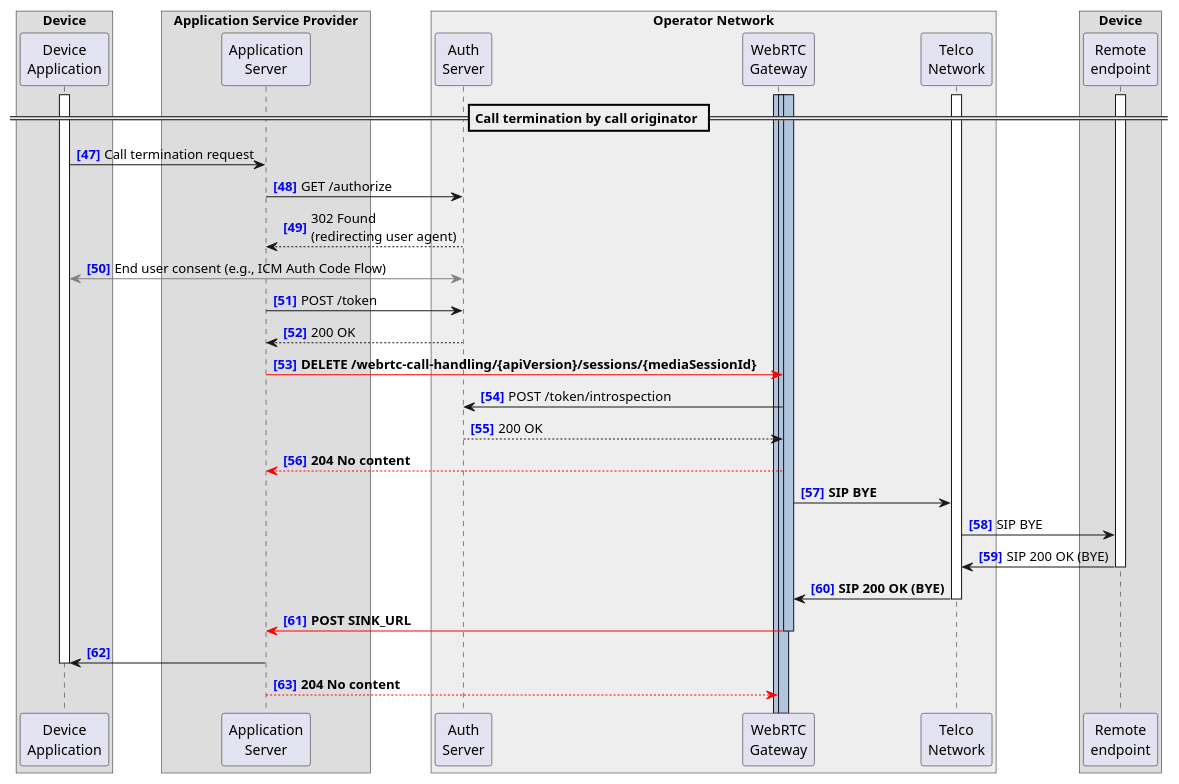
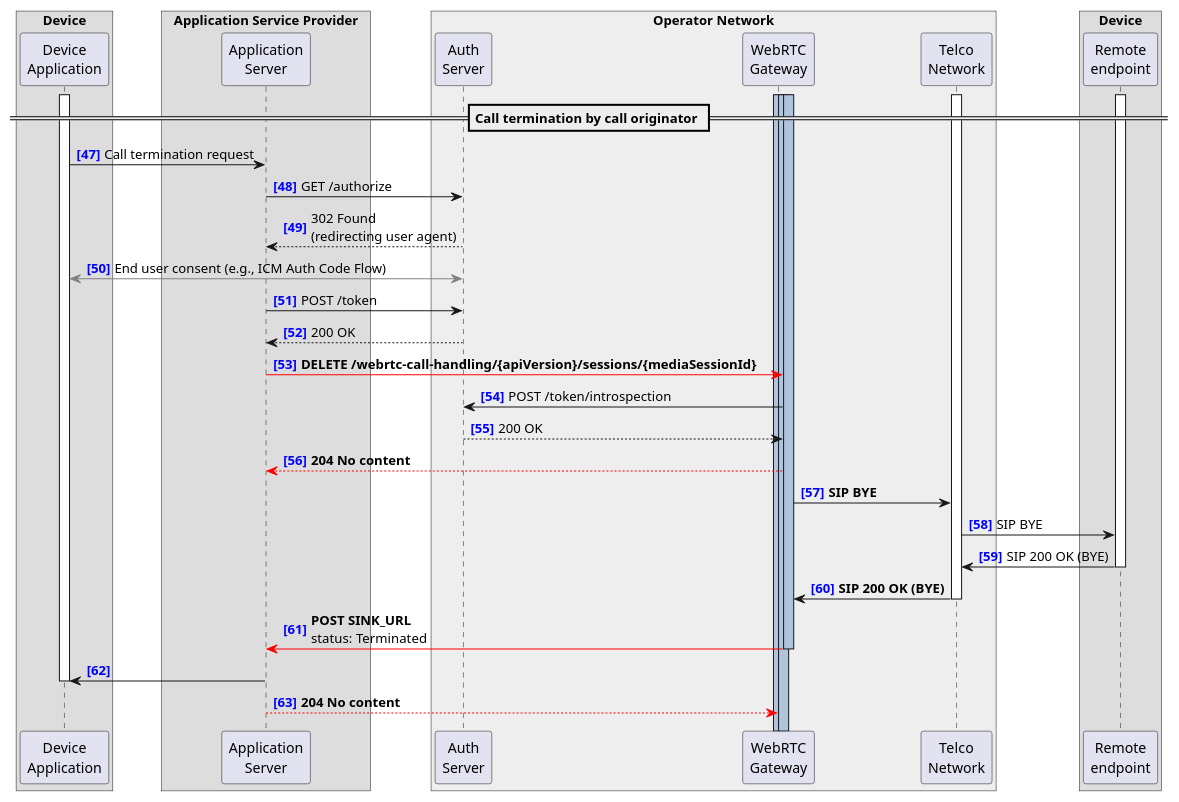
The diagram in documentation/SupportingDocuments/uml-diagrams-APIprovider/call_origination_and_disconnection_fig-2.wsd (camaraproject/WebRTC), drawn with PlantUML before and after one commit.

Commit message:
Update UML diagram for call origination and disconnection
adding status label to webhook action

```diff
--- a/documentation/SupportingDocuments/uml-diagrams-APIprovider/call_origination_and_disconnection_fig-2.wsd
+++ b/documentation/SupportingDocuments/uml-diagrams-APIprovider/call_origination_and_disconnection_fig-2.wsd
@@ -1,74 +1,75 @@
 @startuml
 
 !pragma teoz true
 autonumber 47 "<font color=blue><b>[0]"
 
 <style>
 .box {
   Margin 40
 }
 .audio{
   arrow {
     LineColor red
     LineThickness 5
   }
 }
 </style>
 
 box Device 
   participant "Device\nApplication" as DA
 end box
 
 box Application Service Provider
   participant "Application\nServer" as AS
 end box
 
 box "Operator Network" #EEEEEE
   participant "Auth\nServer" as AUTH
   participant "WebRTC\nGateway" as WG
   participant "Telco\nNetwork" as TN
 end box
 
 box Device
   participant "Remote\nendpoint" as RE
 end box
 
 activate WG #LightSteelBlue
 activate WG #LightSteelBlue
 activate WG #LightSteelBlue
 activate TN
 activate RE
 activate DA
 
 == Call termination by call originator ==
 
 DA -> AS: Call termination request
 
 AS -> AUTH: GET /authorize
 AS <-- AUTH: 302 Found\n(redirecting user agent)
 DA <[#gray]-> AUTH: End user consent (e.g., ICM Auth Code Flow)
 AS -> AUTH: POST /token
 AS <-- AUTH: 200 OK
 
 AS -[#red]> WG: **DELETE /webrtc-call-handling/{apiVersion}/sessions/{mediaSessionId}**
 
 AUTH <- WG: POST /token/introspection
 AUTH --> WG: 200 OK
 
 AS <[#red]-- WG: **204 No content**
 
 WG -> TN: **SIP BYE**
 TN -> RE: SIP BYE
 
 TN <- RE --: SIP 200 OK (BYE)
 WG <- TN --: **SIP 200 OK (BYE)**
 
-AS <[#red]- WG: **POST SINK_URL**
+AS <[#red]- WG: **POST SINK_URL**\nstatus: Terminated
 deactivate WG
 
 DA <- AS
 deactivate DA
 
 AS --[#red]> WG: **204 No content**
 
+
 @enduml
```
